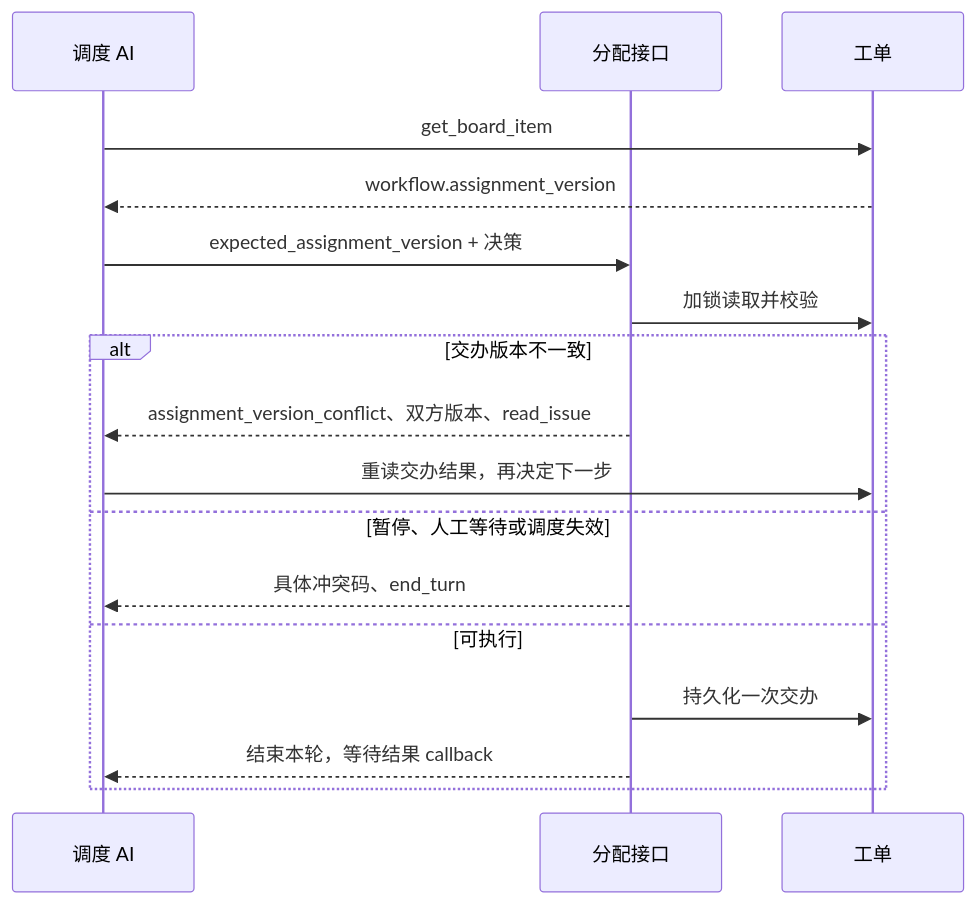
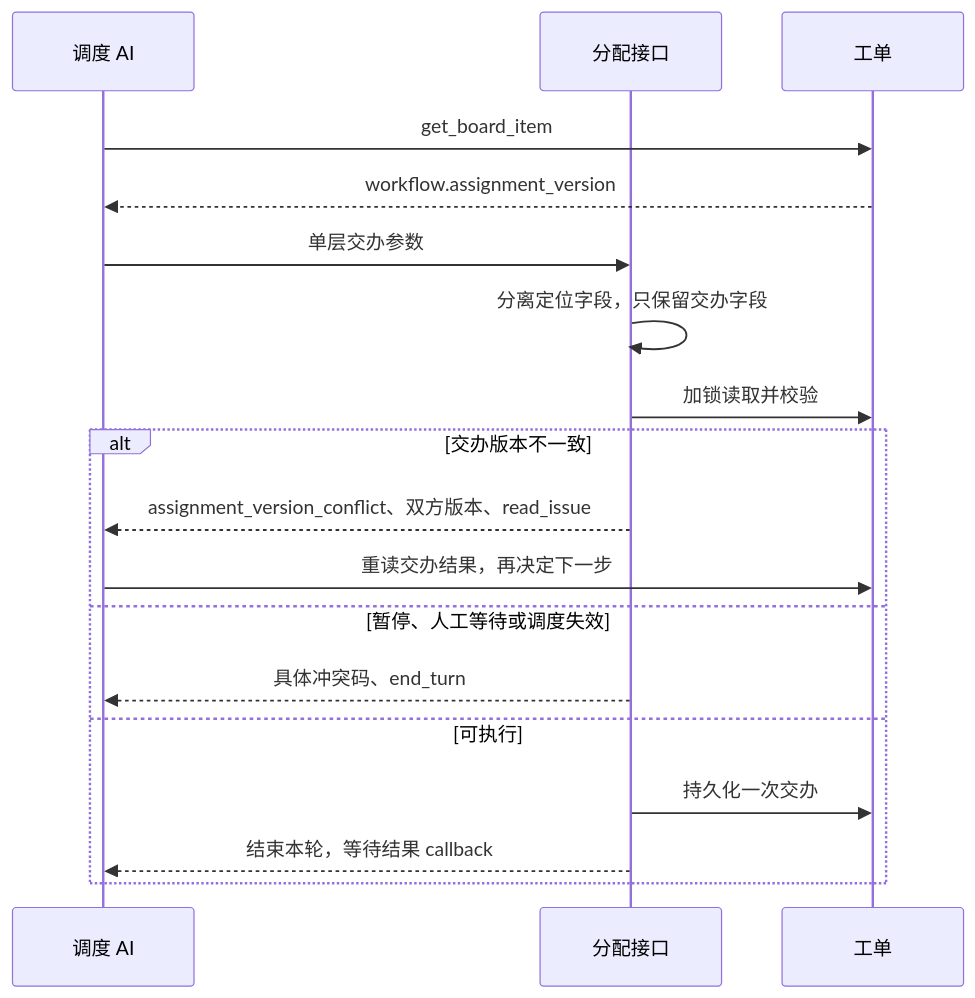
Before and after one commit to wecode-ai/Wegent: the ninth of 14 diagrams in docs/zh/developer-guide/board-automation-acceptance.md, drawn with Mermaid. The commit also changed other lines of this file and 6 other files, not shown here.

````diff
--- a/docs/zh/developer-guide/board-automation-acceptance.md
+++ b/docs/zh/developer-guide/board-automation-acceptance.md
@@ -316,19 +322,20 @@
 ```mermaid
 sequenceDiagram
     participant AI as 调度 AI
     participant API as 分配接口
     participant Issue as 工单
     AI->>Issue: get_board_item
     Issue-->>AI: workflow.assignment_version
-    AI->>API: expected_assignment_version + 决策
+    AI->>API: 单层交办参数
+    API->>API: 分离定位字段，只保留交办字段
     API->>Issue: 加锁读取并校验
     alt 交办版本不一致
         API-->>AI: assignment_version_conflict、双方版本、read_issue
         AI->>Issue: 重读交办结果，再决定下一步
     else 暂停、人工等待或调度失效
         API-->>AI: 具体冲突码、end_turn
     else 可执行
         API->>Issue: 持久化一次交办
         API-->>AI: 结束本轮，等待结果 callback
     end
 ```
````
